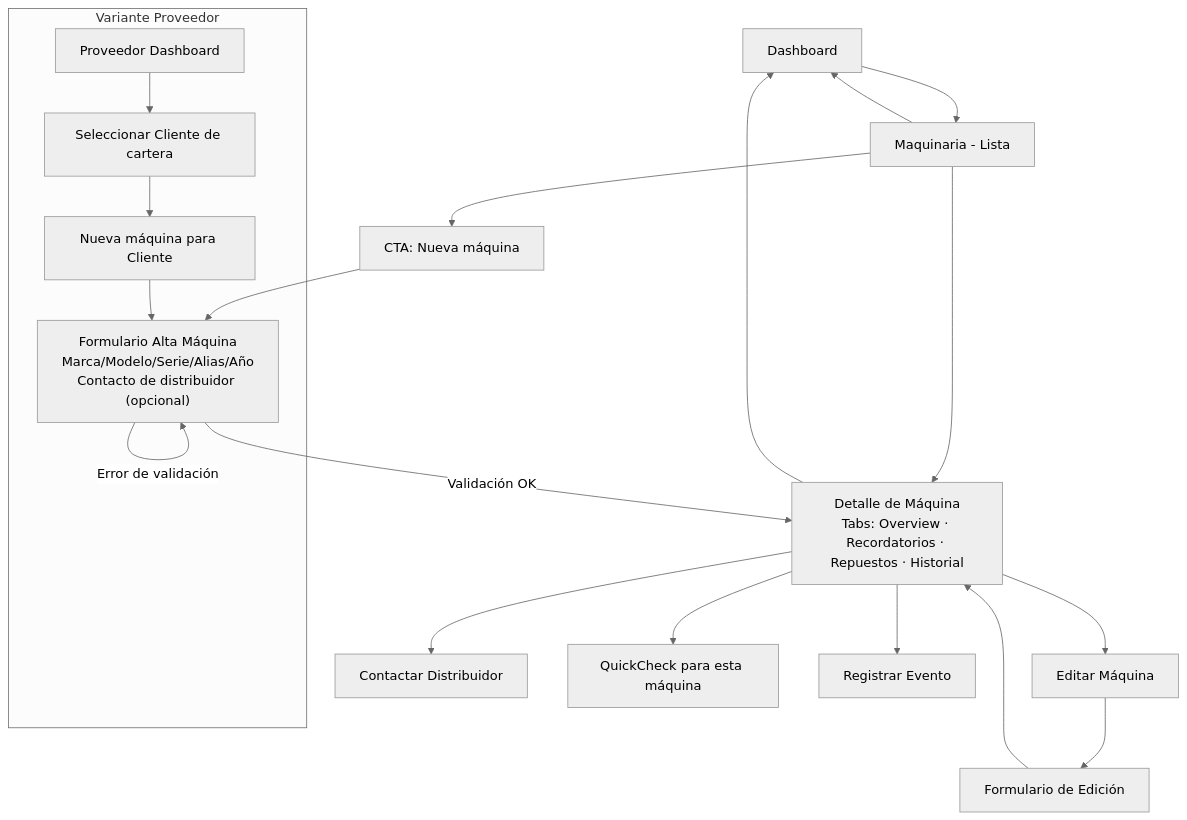
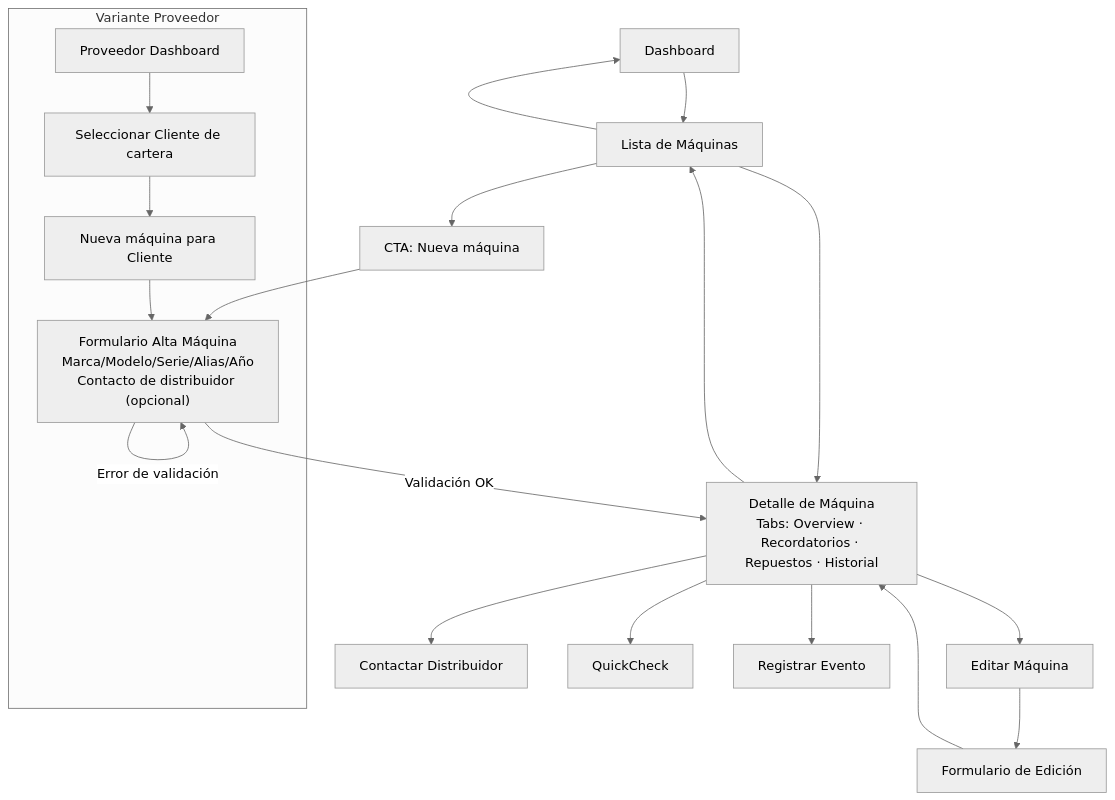
The second of 9 diagrams in docs/userJourney.md (MarkMed/FleetMan), drawn with Mermaid (neutral theme) before and after one commit.

Commit message:
Refactor machine management flow in user journey. MachineList - MachineDetail (and back)

````diff
--- a/docs/userJourney.md
+++ b/docs/userJourney.md
@@ -30,27 +30,27 @@
 ```mermaid
 flowchart TD
-    DASH[Dashboard] --> MACHINES[Maquinaria - Lista]
+    DASH[Dashboard] --> MACHINES[Lista de Máquinas]
+    MACHINES --> DASH
     MACHINES --> CREATE[CTA: Nueva máquina]
     MACHINES --> DETAIL["Detalle de Máquina<br/>Tabs: Overview · Recordatorios · Repuestos · Historial"]
-    MACHINES --> DASH
     
     CREATE --> FORM["Formulario Alta Máquina<br/>Marca/Modelo/Serie/Alias/Año<br/>Contacto de distribuidor #40;opcional#41;"]
     FORM -->|Validación OK| DETAIL
     FORM -->|Error de validación| FORM
     
-    DETAIL --> DASH
+    DETAIL --> MACHINES
     DETAIL --> EDIT[Editar Máquina]
     DETAIL --> CONTACT[Contactar Distribuidor]
-    DETAIL --> QUICKCHECK_MACHINE[QuickCheck para esta máquina]
+    DETAIL --> QUICKCHECK_MACHINE[QuickCheck]
     DETAIL --> EVENT[Registrar Evento]
     
     EDIT --> EDIT_FORM[Formulario de Edición]
     EDIT_FORM --> DETAIL
     
     %% Variante Proveedor
     subgraph "Variante Proveedor"
         PROVIDER[Proveedor Dashboard] --> SELECT_CLIENT[Seleccionar Cliente de cartera]
         SELECT_CLIENT --> CREATE_FOR_CLIENT[Nueva máquina para Cliente]
         CREATE_FOR_CLIENT --> FORM
     end
 ```
````
